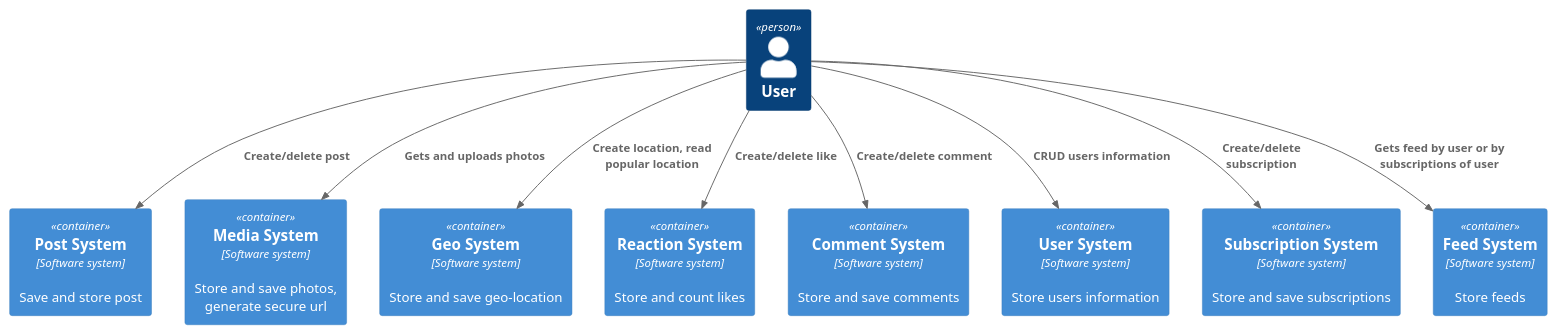
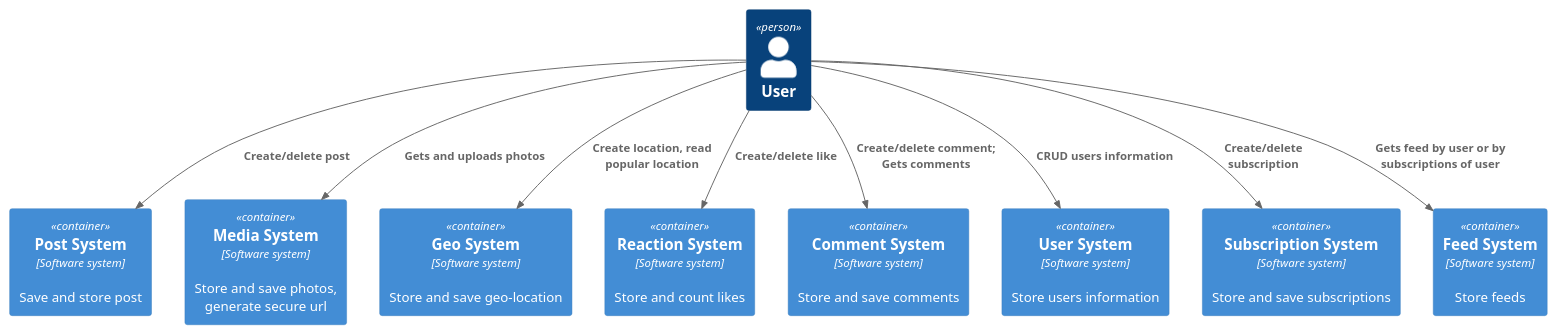
One commit to K0ncsss/-social_network_system_design changed the diagram in architecture/context.puml. Above: the diagram before and after it, drawn with PlantUML. The commit also changed 4 other files, not shown here.

```diff
--- a/architecture/context.puml
+++ b/architecture/context.puml
@@ -1,24 +1,24 @@
 @startuml
   !include https://raw.githubusercontent.com/RicardoNiepel/C4–PlantUML/release/1-0/C4_Container.puml
 
 
 Person(user, "User")
 Container(PostSystem, "Post System", "Software system", "Save and store post")
 Container(MediaSystem, "Media System", "Software system", "Store and save photos, generate secure url")
 Container(GeoSystem, "Geo System", "Software system", "Store and save geo-location")
 Container(ReactionSystem, "Reaction System", "Software system", "Store and count likes")
 Container(CommentSystem, "Comment System", "Software system", "Store and save comments")
 Container(UserSystem, "User System", "Software system", "Store users information")
 Container(SubscrSystem, "Subscription System", "Software system", "Store and save subscriptions")
 Container(FeedSystem, "Feed System", "Software system", "Store feeds")
 
 Rel(user, PostSystem, "Create/delete post")
 Rel(user, MediaSystem, "Gets and uploads photos")
 Rel(user, GeoSystem, "Create location, read popular location")
 Rel(user, ReactionSystem, "Create/delete like")
-Rel(user, CommentSystem, "Create/delete comment")
+Rel(user, CommentSystem, "Create/delete comment; Gets comments")
 Rel(user, UserSystem, "CRUD users information")
 Rel(user, SubscrSystem, "Create/delete subscription")
 Rel(user, FeedSystem, "Gets feed by user or by subscriptions of user")
 
 @enduml
```
